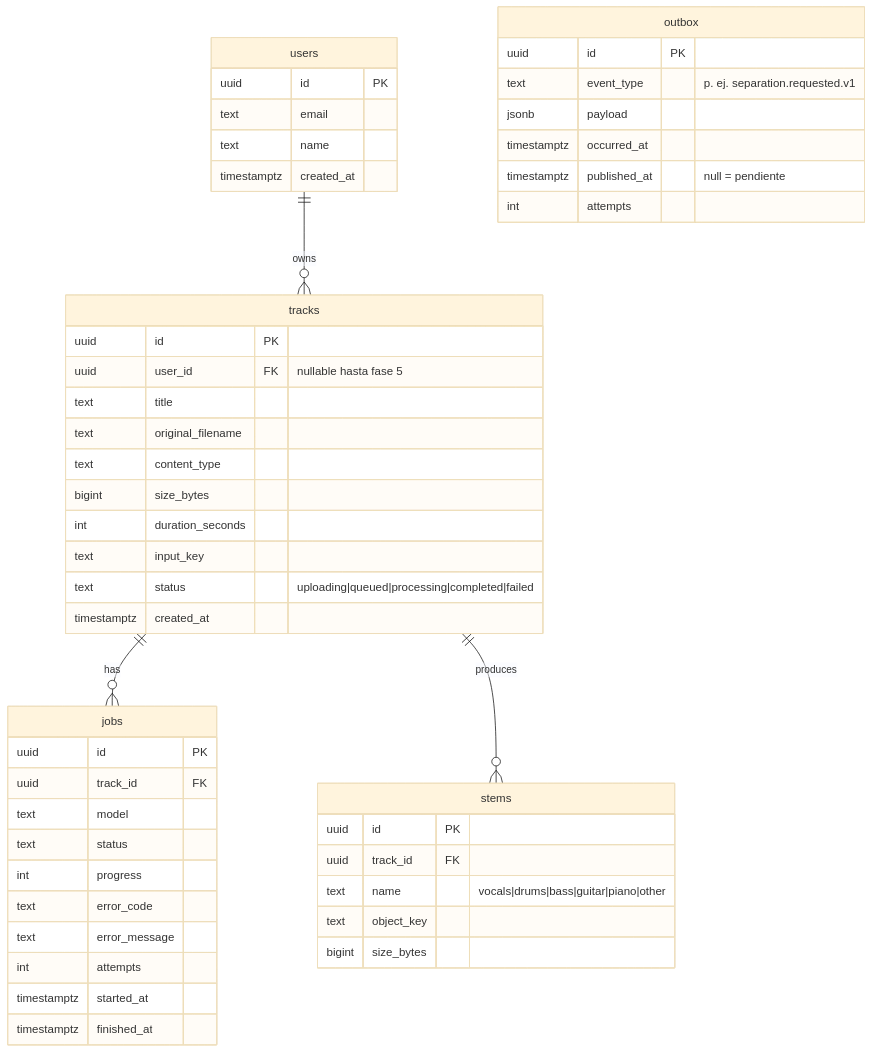
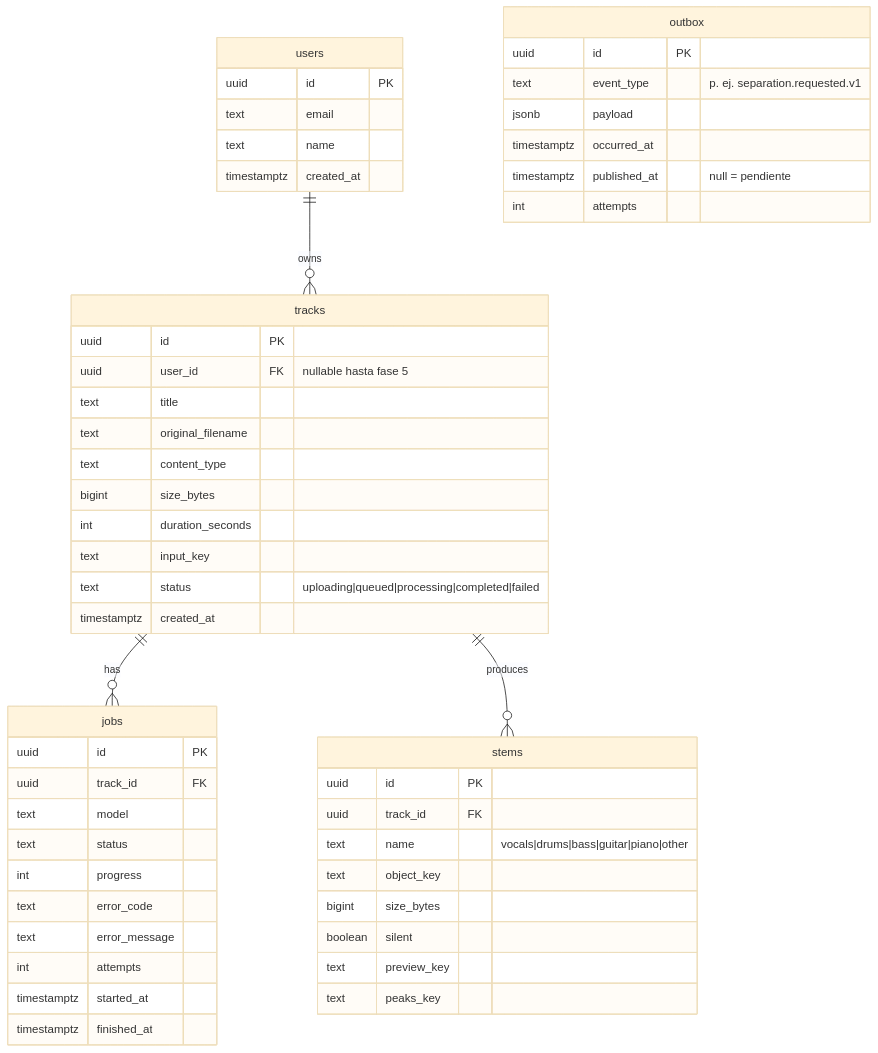
Before and after one commit to llOrtegall/unmix: the diagram in docs/04-data-model.md, drawn with Mermaid (base theme). The commit also changed other lines of this file and 9 other files, not shown here.

````diff
--- a/docs/04-data-model.md
+++ b/docs/04-data-model.md
@@ -5,52 +5,55 @@
 ```mermaid
 erDiagram
   users ||--o{ tracks : owns
   tracks ||--o{ jobs : has
   tracks ||--o{ stems : produces
 
   users {
     uuid id PK
     text email
     text name
     timestamptz created_at
   }
   tracks {
     uuid id PK
     uuid user_id FK "nullable hasta fase 5"
     text title
     text original_filename
     text content_type
     bigint size_bytes
     int duration_seconds
     text input_key
     text status "uploading|queued|processing|completed|failed"
     timestamptz created_at
   }
   jobs {
     uuid id PK
     uuid track_id FK
     text model
     text status
     int progress
     text error_code
     text error_message
     int attempts
     timestamptz started_at
     timestamptz finished_at
   }
   stems {
     uuid id PK
     uuid track_id FK
     text name "vocals|drums|bass|guitar|piano|other"
     text object_key
     bigint size_bytes
+    boolean silent
+    text preview_key
+    text peaks_key
   }
   outbox {
     uuid id PK
     text event_type "p. ej. separation.requested.v1"
     jsonb payload
     timestamptz occurred_at
     timestamptz published_at "null = pendiente"
     int attempts
   }
 ```
````
